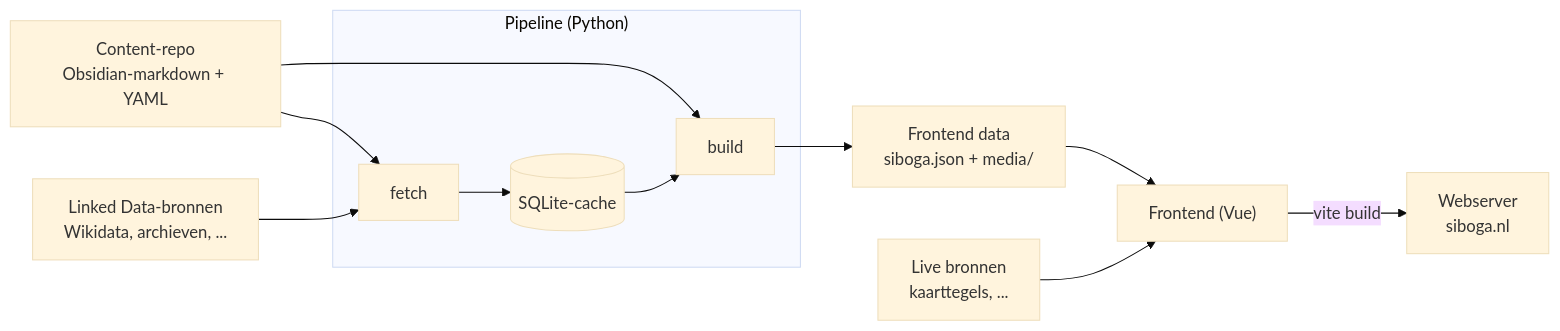
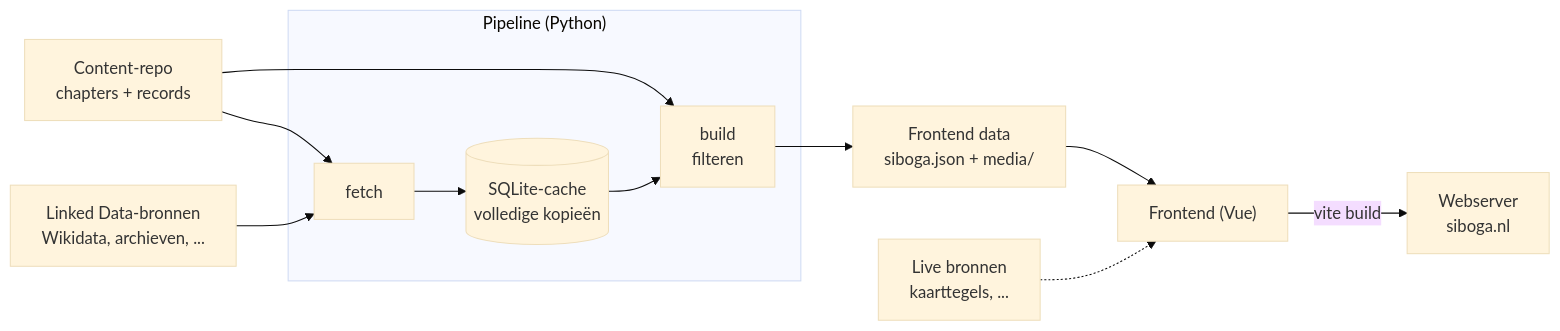
Before and after one commit to daanvr/De-Wikimedianen-HackaLOD-2026: the diagram in docs/architectuur.md, drawn with Mermaid (base theme). The commit also changed other lines of this file and 7 other files, not shown here.

Commit message:
Docs: URL-structuur voor interne links, volledige kopieën en lokaal filteren, offline presenteren, docs/README als centrale ingang

````diff
--- a/docs/architectuur.md
+++ b/docs/architectuur.md
@@ -5,23 +7,23 @@
 ```mermaid
 flowchart LR
-    content["Content-repo<br>Obsidian-markdown + YAML"]
+    content["Content-repo<br>chapters + records"]
     ld["Linked Data-bronnen<br>Wikidata, archieven, ..."]
     subgraph pipeline["Pipeline (Python)"]
         fetch["fetch"]
-        cache[("SQLite-cache")]
-        build["build"]
+        cache[("SQLite-cache<br>volledige kopieën")]
+        build["build<br>filteren"]
     end
     data["Frontend data<br>siboga.json + media/"]
     frontend["Frontend (Vue)"]
     live["Live bronnen<br>kaarttegels, ..."]
     server["Webserver<br>siboga.nl"]
     content --> fetch
     ld --> fetch
     fetch --> cache
     content --> build
     cache --> build
     build --> data
     data --> frontend
-    live --> frontend
+    live -.-> frontend
     frontend -- "vite build" --> server
 ```
````
